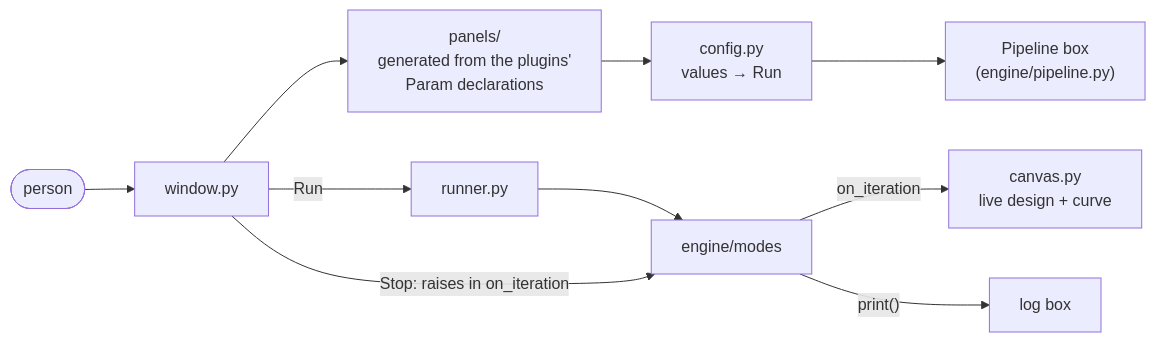
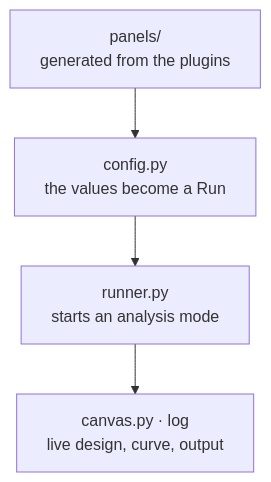
The diagram in toporia/apps/README.md (Toporia/Toporia-launcher), drawn with Mermaid before and after one commit. The commit also changed other lines of this file and 48 other files, not shown here.

````diff
--- a/toporia/apps/README.md
+++ b/toporia/apps/README.md
@@ -27,12 +26,8 @@
 ```mermaid
-flowchart LR
-    person(["person"]) --> window["window.py"]
-    window --> panels["panels/<br/>generated from the plugins'<br/>Param declarations"]
-    panels --> config["config.py<br/>values → Run"]
-    config --> pipelinebox["Pipeline box<br/>(engine/pipeline.py)"]
-    window -- "Run" --> runner["runner.py"]
-    runner --> modes["engine/modes"]
-    modes -- "on_iteration" --> canvas["canvas.py<br/>live design + curve"]
-    modes -- "print()" --> log["log box"]
-    window -- "Stop: raises in on_iteration" --> modes
+flowchart TB
+    panels["panels/<br/>generated from the plugins"]
+    config["config.py<br/>the values become a Run"]
+    runner["runner.py<br/>starts an analysis mode"]
+    canvas["canvas.py · log<br/>live design, curve, output"]
+    panels --> config --> runner --> canvas
 ```
````
